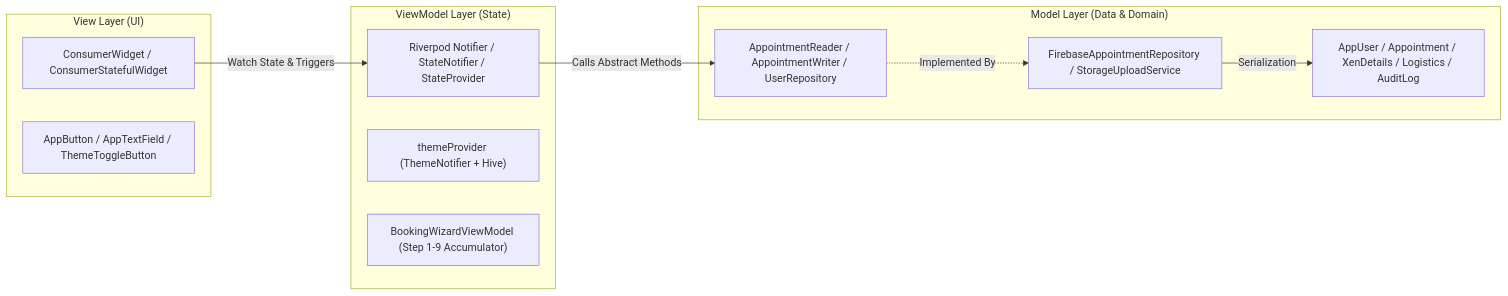
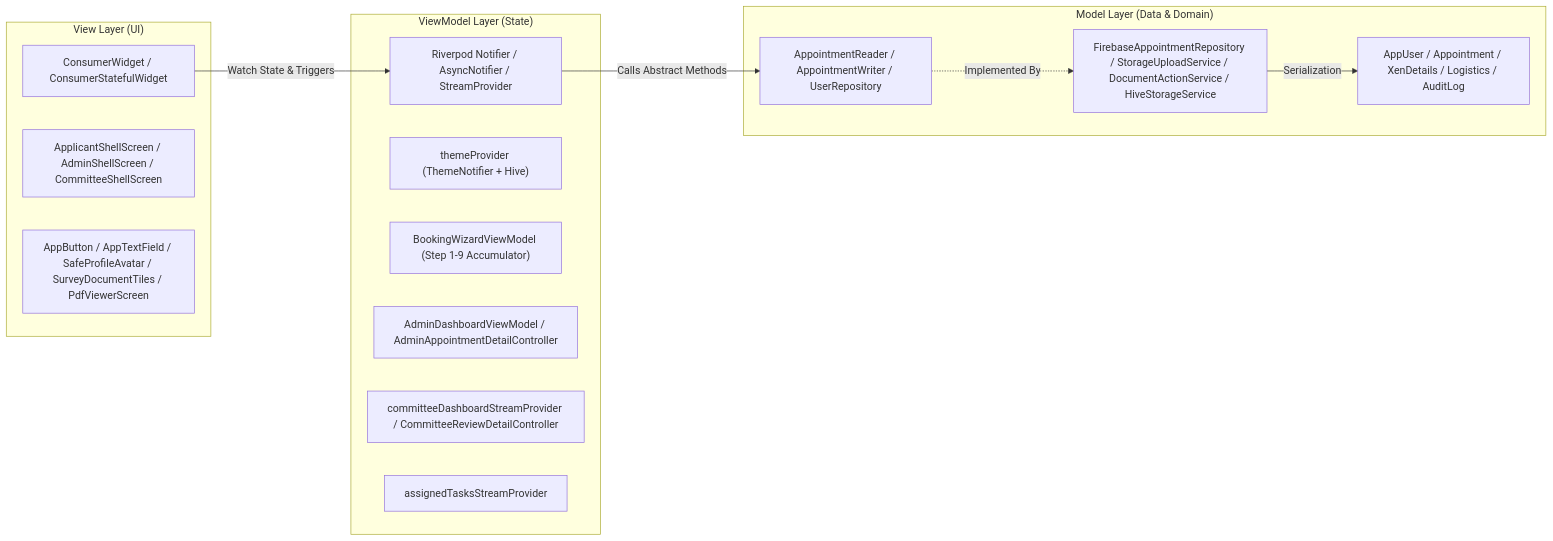
The first of 3 diagrams in brain/architecture.md (coe-sensrs/survey_booking_flutter), drawn with Mermaid before and after one commit. The commit also changed other lines of this file and 34 other files, not shown here.

````diff
--- a/brain/architecture.md
+++ b/brain/architecture.md
@@ -11,24 +11,28 @@
 ```mermaid
 graph LR
     subgraph View ["View Layer (UI)"]
         Widget["ConsumerWidget / ConsumerStatefulWidget"]
-        Widgets["AppButton / AppTextField / ThemeToggleButton"]
+        Shells["ApplicantShellScreen / AdminShellScreen / CommitteeShellScreen"]
+        Widgets["AppButton / AppTextField / SafeProfileAvatar / SurveyDocumentTiles / PdfViewerScreen"]
     end
 
     subgraph ViewModel ["ViewModel Layer (State)"]
-        Riverpod["Riverpod Notifier / StateNotifier / StateProvider"]
+        Riverpod["Riverpod Notifier / AsyncNotifier / StreamProvider"]
         ThemeVM["themeProvider (ThemeNotifier + Hive)"]
         WizardVM["BookingWizardViewModel (Step 1-9 Accumulator)"]
+        AdminVM["AdminDashboardViewModel / AdminAppointmentDetailController"]
+        CommVM["committeeDashboardStreamProvider / CommitteeReviewDetailController"]
+        TaskVM["assignedTasksStreamProvider"]
     end
 
     subgraph Model ["Model Layer (Data & Domain)"]
         DataModels["AppUser / Appointment / XenDetails / Logistics / AuditLog"]
         RepoInterfaces["AppointmentReader / AppointmentWriter / UserRepository"]
-        ConcreteServices["FirebaseAppointmentRepository / StorageUploadService"]
+        ConcreteServices["FirebaseAppointmentRepository / StorageUploadService / DocumentActionService / HiveStorageService"]
     end
 
     Widget -->|Watch State & Triggers| Riverpod
     Riverpod -->|Calls Abstract Methods| RepoInterfaces
     RepoInterfaces ..->|Implemented By| ConcreteServices
     ConcreteServices -->|Serialization| DataModels
 ```
````
